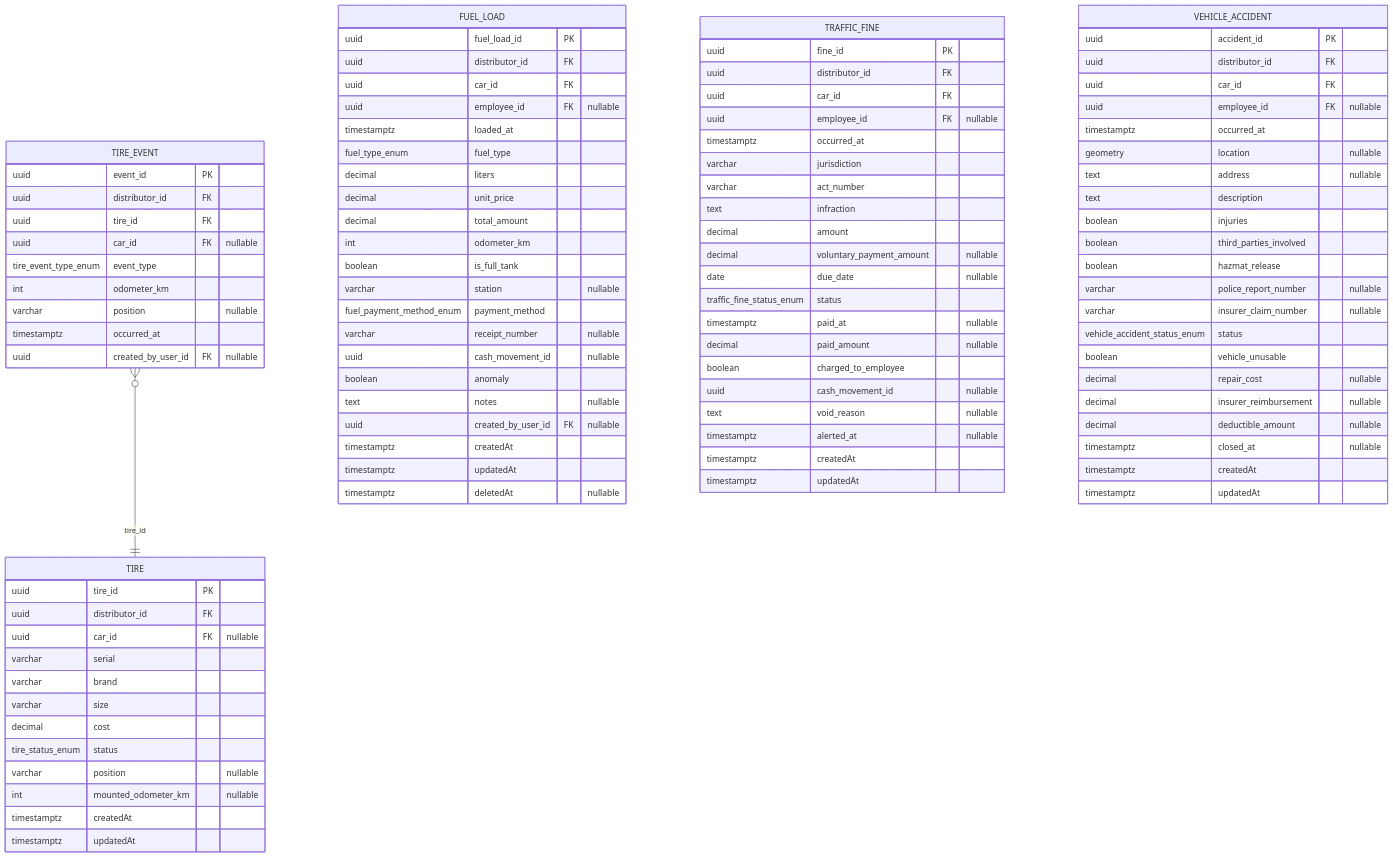
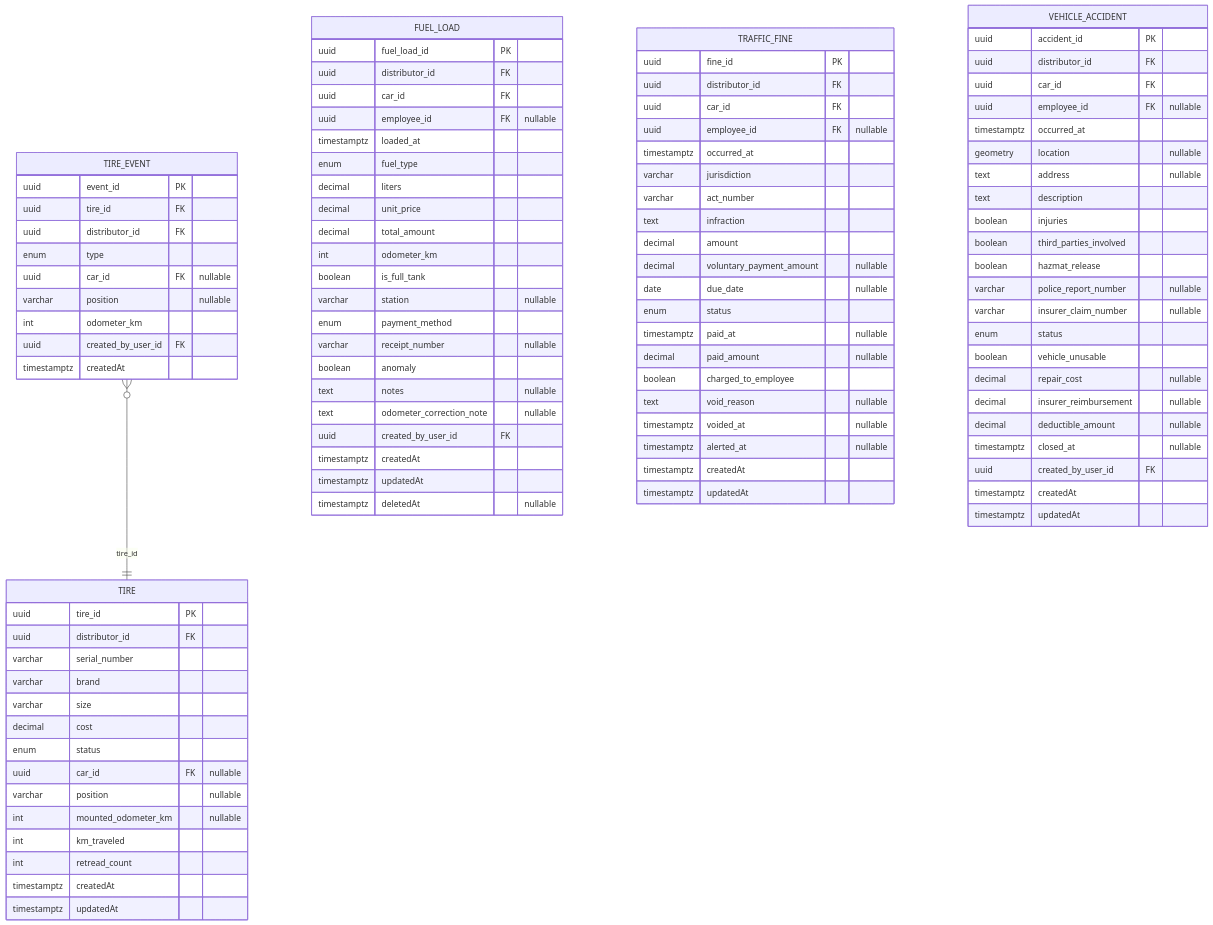
The tenth of 15 diagrams in diagramas/base-de-datos/SPLG-der-mermaid.md (Nahuelito-Dev/splg-docs), drawn with Mermaid before and after one commit. The commit also changed other lines of this file and 432 other files, not shown here.

````diff
--- a/diagramas/base-de-datos/SPLG-der-mermaid.md
+++ b/diagramas/base-de-datos/SPLG-der-mermaid.md
@@ -734,19 +761,19 @@
         uuid car_id FK
         uuid employee_id FK "nullable"
         timestamptz loaded_at
-        fuel_type_enum fuel_type
+        enum fuel_type
         decimal liters
         decimal unit_price
         decimal total_amount
         int odometer_km
         boolean is_full_tank
         varchar station "nullable"
-        fuel_payment_method_enum payment_method
+        enum payment_method
         varchar receipt_number "nullable"
-        uuid cash_movement_id "nullable"
         boolean anomaly
         text notes "nullable"
-        uuid created_by_user_id FK "nullable"
+        text odometer_correction_note "nullable"
+        uuid created_by_user_id FK
         timestamptz createdAt
         timestamptz updatedAt
         timestamptz deletedAt "nullable"
@@ -754,14 +781,16 @@
     TIRE {
         uuid tire_id PK
         uuid distributor_id FK
-        uuid car_id FK "nullable"
-        varchar serial
+        varchar serial_number
         varchar brand
         varchar size
         decimal cost
-        tire_status_enum status
+        enum status
+        uuid car_id FK "nullable"
         varchar position "nullable"
         int mounted_odometer_km "nullable"
+        int km_traveled
+        int retread_count
         timestamptz createdAt
         timestamptz updatedAt
     }
@@ -777,12 +806,12 @@
         decimal amount
         decimal voluntary_payment_amount "nullable"
         date due_date "nullable"
-        traffic_fine_status_enum status
+        enum status
         timestamptz paid_at "nullable"
         decimal paid_amount "nullable"
         boolean charged_to_employee
-        uuid cash_movement_id "nullable"
         text void_reason "nullable"
+        timestamptz voided_at "nullable"
         timestamptz alerted_at "nullable"
         timestamptz createdAt
         timestamptz updatedAt
@@ -801,24 +830,25 @@
         boolean hazmat_release
         varchar police_report_number "nullable"
         varchar insurer_claim_number "nullable"
-        vehicle_accident_status_enum status
+        enum status
         boolean vehicle_unusable
         decimal repair_cost "nullable"
         decimal insurer_reimbursement "nullable"
         decimal deductible_amount "nullable"
         timestamptz closed_at "nullable"
+        uuid created_by_user_id FK
         timestamptz createdAt
         timestamptz updatedAt
     }
     TIRE_EVENT {
         uuid event_id PK
+        uuid tire_id FK
         uuid distributor_id FK
-        uuid tire_id FK
+        enum type
         uuid car_id FK "nullable"
-        tire_event_type_enum event_type
+        varchar position "nullable"
         int odometer_km
-        varchar position "nullable"
-        timestamptz occurred_at
-        uuid created_by_user_id FK "nullable"
+        uuid created_by_user_id FK
+        timestamptz createdAt
     }
 ```
````
